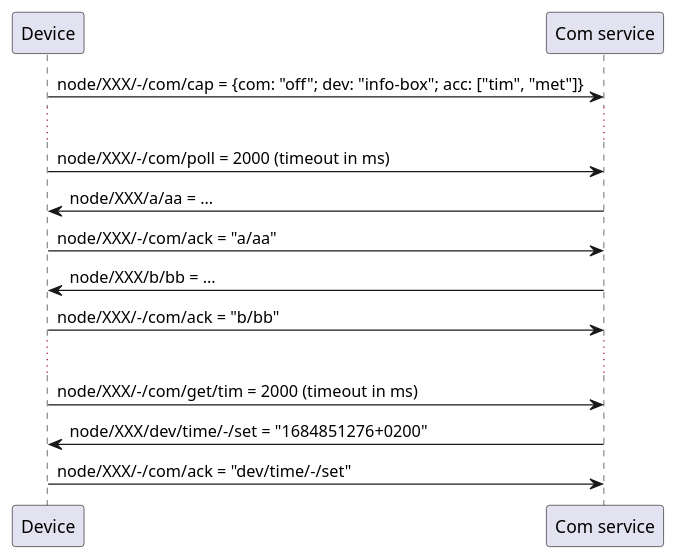
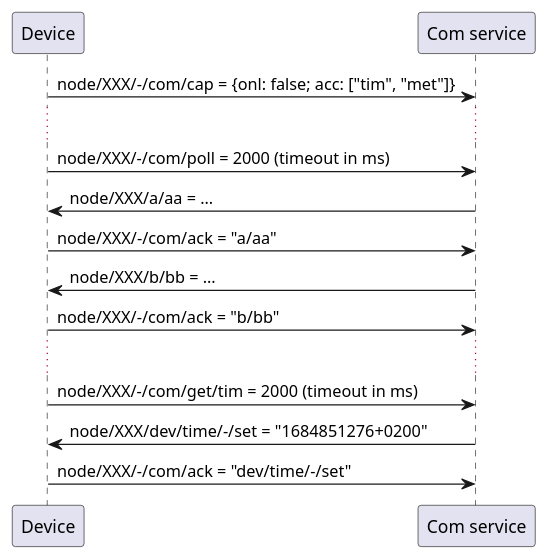
One commit to mixicz/iot-service-com changed the diagram in doc/offline-communication-seq.pu. Above: the diagram before and after it, drawn with PlantUML. The commit also changed 3 other files, not shown here.

```diff
--- a/doc/offline-communication-seq.pu
+++ b/doc/offline-communication-seq.pu
@@ -1,22 +1,22 @@
 @startuml offline communication
 
 participant DEV as "Device"
 participant GW as "Com service"
 
-DEV -> GW : node/XXX/-/com/cap = {com: "off"; dev: "info-box"; acc: ["tim", "met"]}
+DEV -> GW : node/XXX/-/com/cap = {onl: false; acc: ["tim", "met"]}
 
 ...
 
 DEV -> GW : node/XXX/-/com/poll = 2000 (timeout in ms)
 GW -> DEV : node/XXX/a/aa = …
 DEV -> GW : node/XXX/-/com/ack = "a/aa"
 GW -> DEV : node/XXX/b/bb = …
 DEV -> GW : node/XXX/-/com/ack = "b/bb"
 
 ...
 
 DEV -> GW : node/XXX/-/com/get/tim = 2000 (timeout in ms)
 GW -> DEV : node/XXX/dev/time/-/set = "1684851276+0200"
 DEV -> GW : node/XXX/-/com/ack = "dev/time/-/set"
 
 @enduml
```
